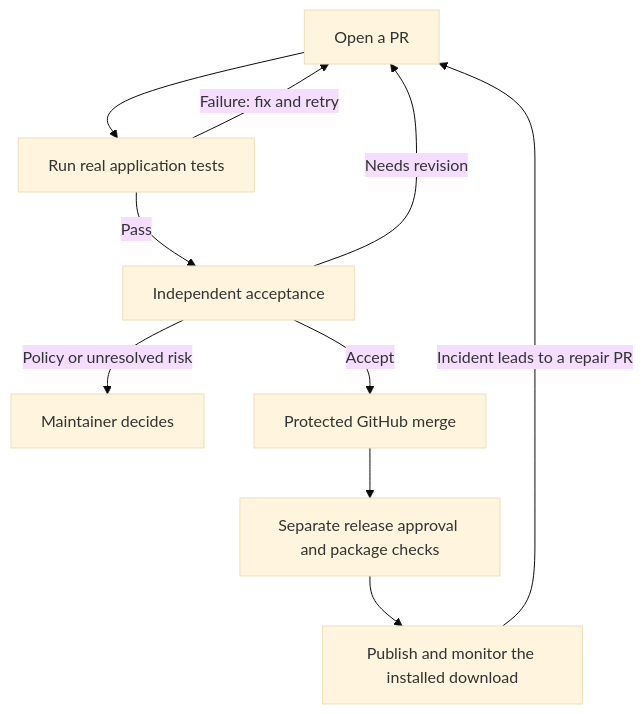
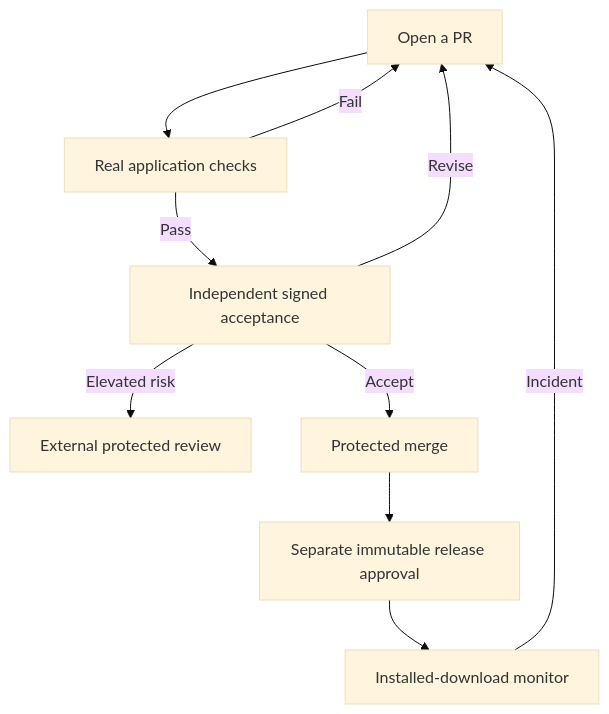
Before and after one commit to wibus-wee/lody-wxt: the diagram in tools/autonomy/README.md, drawn with Mermaid (base theme). The commit also changed other lines of this file and 12 other files, not shown here.

````diff
--- a/tools/autonomy/README.md
+++ b/tools/autonomy/README.md
@@ -14,12 +8,12 @@
 ```mermaid
 flowchart TD
-    PR[Open a PR] --> TEST[Run real application tests]
-    TEST -->|Failure: fix and retry| PR
-    TEST -->|Pass| REVIEW[Independent acceptance]
-    REVIEW -->|Needs revision| PR
-    REVIEW -->|Policy or unresolved risk| HUMAN[Maintainer decides]
-    REVIEW -->|Accept| MERGE[Protected GitHub merge]
-    MERGE --> RELEASE[Separate release approval and package checks]
-    RELEASE --> MONITOR[Publish and monitor the installed download]
-    MONITOR -->|Incident leads to a repair PR| PR
+    PR[Open a PR] --> TEST[Real application checks]
+    TEST -->|Fail| PR
+    TEST -->|Pass| REVIEW[Independent signed acceptance]
+    REVIEW -->|Revise| PR
+    REVIEW -->|Elevated risk| HUMAN[External protected review]
+    REVIEW -->|Accept| MERGE[Protected merge]
+    MERGE --> RELEASE[Separate immutable release approval]
+    RELEASE --> MONITOR[Installed-download monitor]
+    MONITOR -->|Incident| PR
 ```
````
